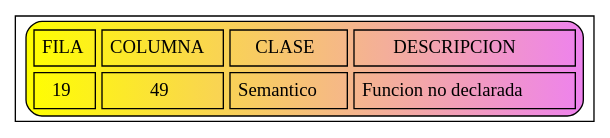
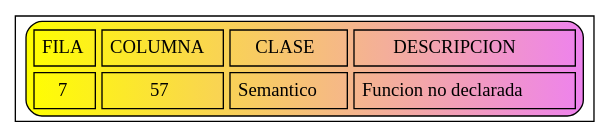
Before and after one commit to JoseMore99/OLC2_P1_201701015: the diagram in Errores.dot, drawn with Graphviz. The commit also changed 5 other files, not shown here.

```diff
--- a/Errores.dot
+++ b/Errores.dot
@@ -1,7 +1,7 @@
 digraph G{
 node [shape=record];
 a0 [label=<<TABLE border="1" cellspacing="5" cellpadding="5" style="rounded" bgcolor="yellow:violet">
 "<TR><TD>FILA</TD><TD>COLUMNA</TD><TD>CLASE</TD><TD>DESCRIPCION</TD></TR>
-<TR><TD>19</TD><TD>49</TD><TD>Semantico</TD><TD>Funcion no declarada</TD></TR>
+<TR><TD>7</TD><TD>57</TD><TD>Semantico</TD><TD>Funcion no declarada</TD></TR>
 </TABLE>>];
 }
```
